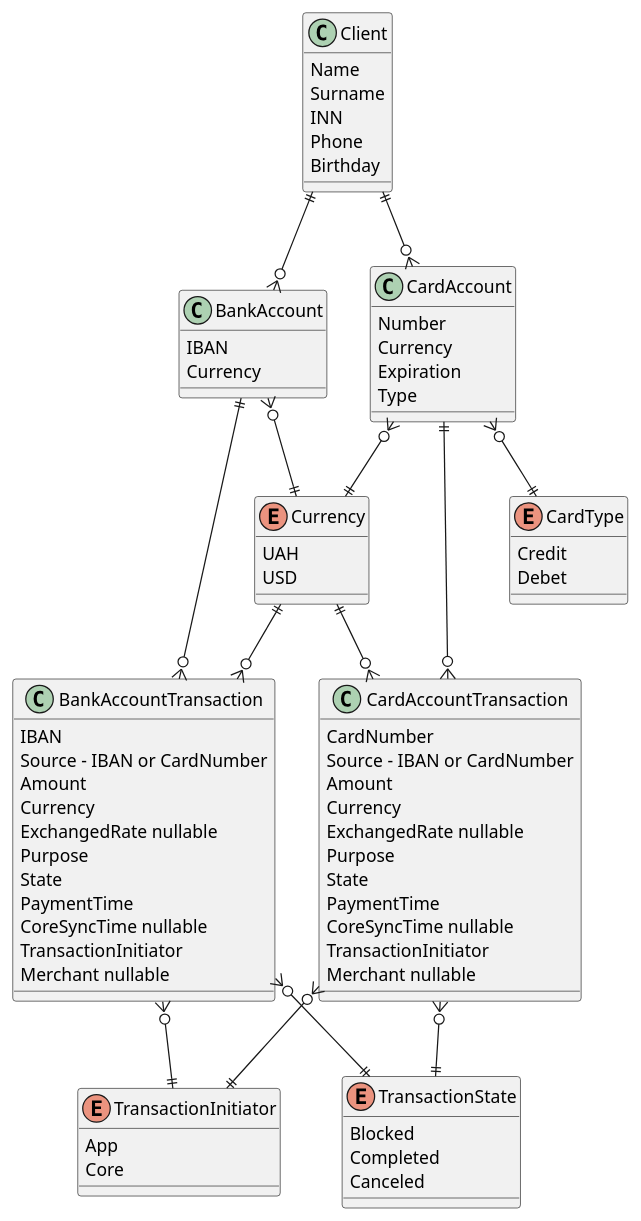
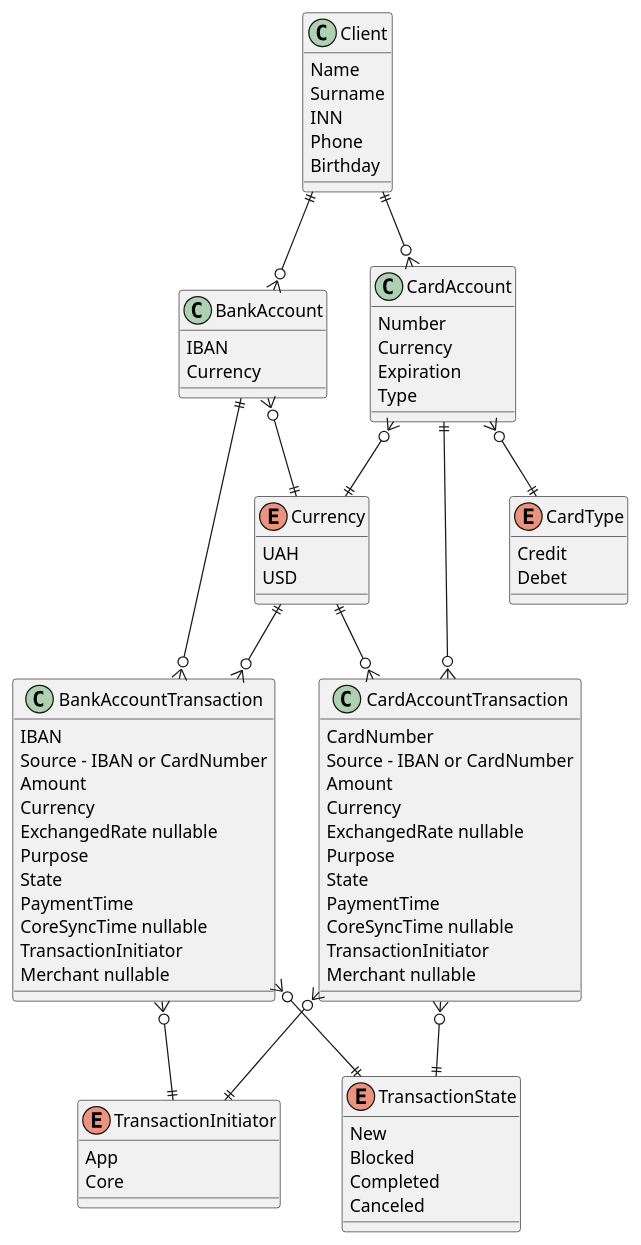
One commit to 94n/uml changed the diagram in src/ERD logical.puml. Above: the diagram before and after it, drawn with PlantUML. The commit also changed 3 other files, not shown here.

Commit message:
Portmone availability sequence

```diff
--- a/src/ERD logical.puml
+++ b/src/ERD logical.puml
@@ -1,87 +1,88 @@
 @startuml
 'https://plantuml.com/ie-diagram
 
 class Client {
     Name
     Surname
     INN
     Phone
     Birthday
 }
 
 class BankAccount {
     IBAN
     Currency
 }
 
 class CardAccount {
     Number
     Currency
     Expiration
     Type
 }
 
 enum CardType {
     Credit
     Debet
 }
 
 class BankAccountTransaction {
     IBAN
     Source - IBAN or CardNumber
     Amount
     Currency
     ExchangedRate nullable
     Purpose
     State
     PaymentTime
     CoreSyncTime nullable
     TransactionInitiator
     Merchant nullable
 }
 
 class CardAccountTransaction {
     CardNumber
     Source - IBAN or CardNumber
     Amount
     Currency
     ExchangedRate nullable
     Purpose
     State
     PaymentTime
     CoreSyncTime nullable
     TransactionInitiator
     Merchant nullable
 }
 
 enum Currency {
     UAH
     USD
 }
 
 enum TransactionInitiator {
     App
     Core
 }
 
 enum TransactionState {
+    New
     Blocked
     Completed
     Canceled
 }
 
 Client ||--o{ BankAccount
 Client ||--o{ CardAccount
 BankAccount }o--|| Currency
 BankAccount ||--o{ BankAccountTransaction
 CardAccount }o--|| Currency
 CardAccount }o--|| CardType
 CardAccount ||--o{ CardAccountTransaction
 Currency ||--o{ BankAccountTransaction
 Currency ||--o{ CardAccountTransaction
 BankAccountTransaction }o--|| TransactionInitiator
 BankAccountTransaction }o--|| TransactionState
 CardAccountTransaction }o--|| TransactionInitiator
 CardAccountTransaction }o--|| TransactionState
 
 @enduml
```
